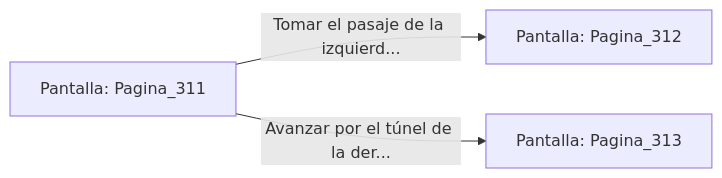
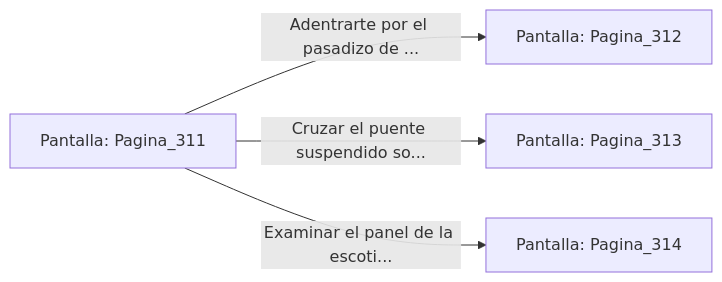
Before and after one commit to metsuke/mpl: the diagram in sample/eligejuego-vault/Pantalla_Pagina_311.md, drawn with Mermaid. The commit also changed other lines of this file and 635 other files, not shown here.

First line of the commit message:
fix: añadir Pagina_1 como pantalla inicial en capitulo_01.mpl

````diff
--- a/sample/eligejuego-vault/Pantalla_Pagina_311.md
+++ b/sample/eligejuego-vault/Pantalla_Pagina_311.md
@@ -20,6 +27,7 @@
 ```mermaid
 graph LR
     P_Pagina_311["Pantalla: Pagina_311"]
-    P_Pagina_311 -->|"Tomar el pasaje de la izquierd..."| P_Pagina_312["Pantalla: Pagina_312"]
-    P_Pagina_311 -->|"Avanzar por el túnel de la der..."| P_Pagina_313["Pantalla: Pagina_313"]
+    P_Pagina_311 -->|"Adentrarte por el pasadizo de ..."| P_Pagina_312["Pantalla: Pagina_312"]
+    P_Pagina_311 -->|"Cruzar el puente suspendido so..."| P_Pagina_313["Pantalla: Pagina_313"]
+    P_Pagina_311 -->|"Examinar el panel de la escoti..."| P_Pagina_314["Pantalla: Pagina_314"]
 ```
````
